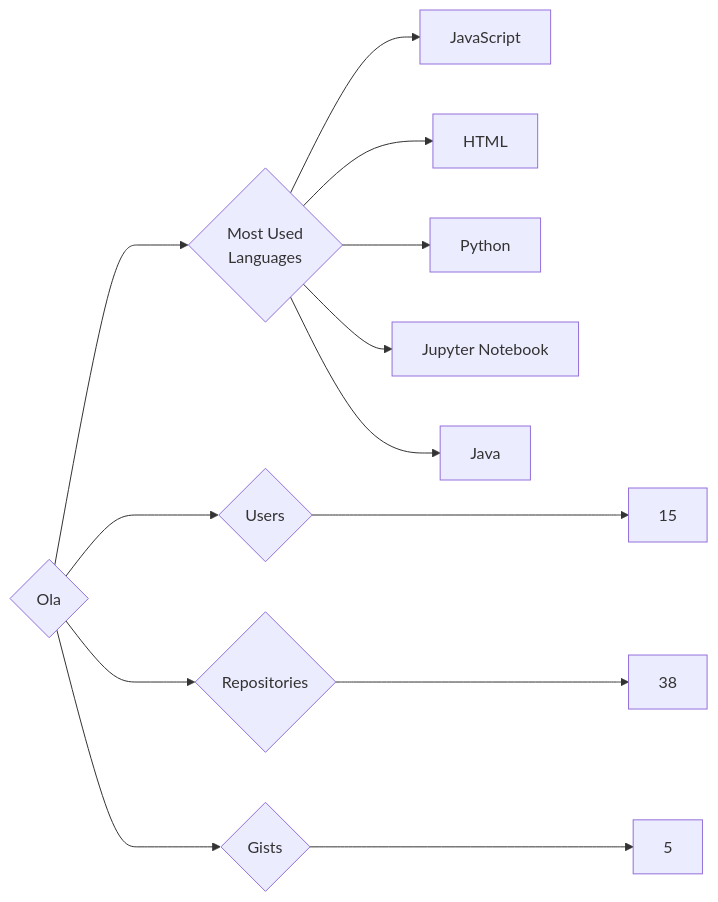
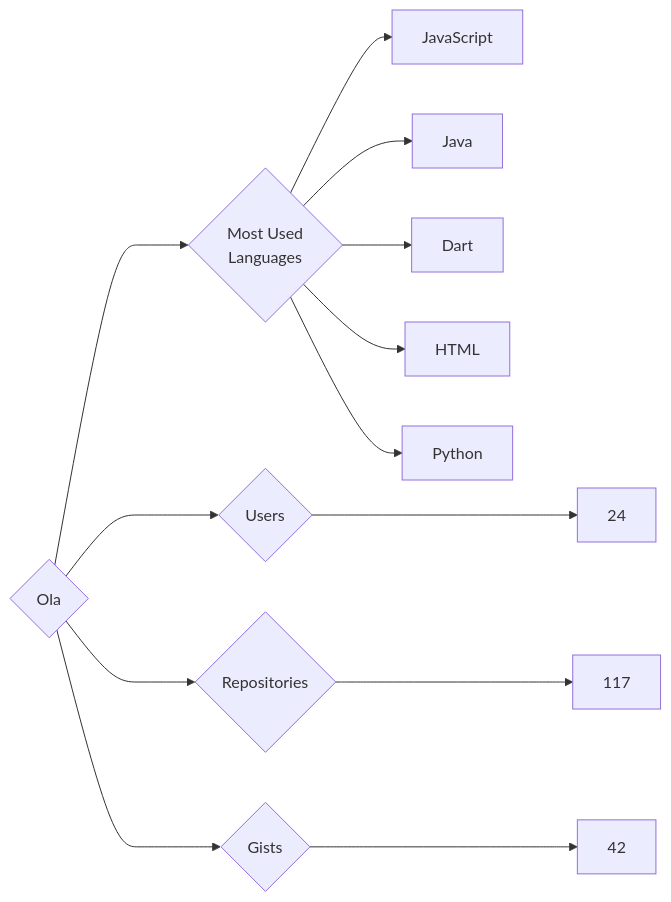
The diagram in targets/Ola/README.md (trickest/insiders), drawn with Mermaid before and after one commit. The commit also changed 839 other files, not shown here.

````diff
--- a/targets/Ola/README.md
+++ b/targets/Ola/README.md
@@ -3,13 +3,13 @@
 ```mermaid
 graph LR
 COMPANY_NAME{Ola}
-COMPANY_NAME ---> U{Users} ---> UN[15]
-COMPANY_NAME ---> R{Repositories} ---> RN[38]
-COMPANY_NAME ---> G{Gists} ---> GN[5]
+COMPANY_NAME ---> U{Users} ---> UN[24]
+COMPANY_NAME ---> R{Repositories} ---> RN[117]
+COMPANY_NAME ---> G{Gists} ---> GN[42]
 COMPANY_NAME ---> ML{Most Used<br>Languages}
 ML --> JavaScript[JavaScript]
+ML --> Java[Java]
+ML --> Dart[Dart]
 ML --> HTML[HTML]
 ML --> Python[Python]
-ML --> Jupyter_Notebook[Jupyter Notebook]
-ML --> Java[Java]
 ```
````
